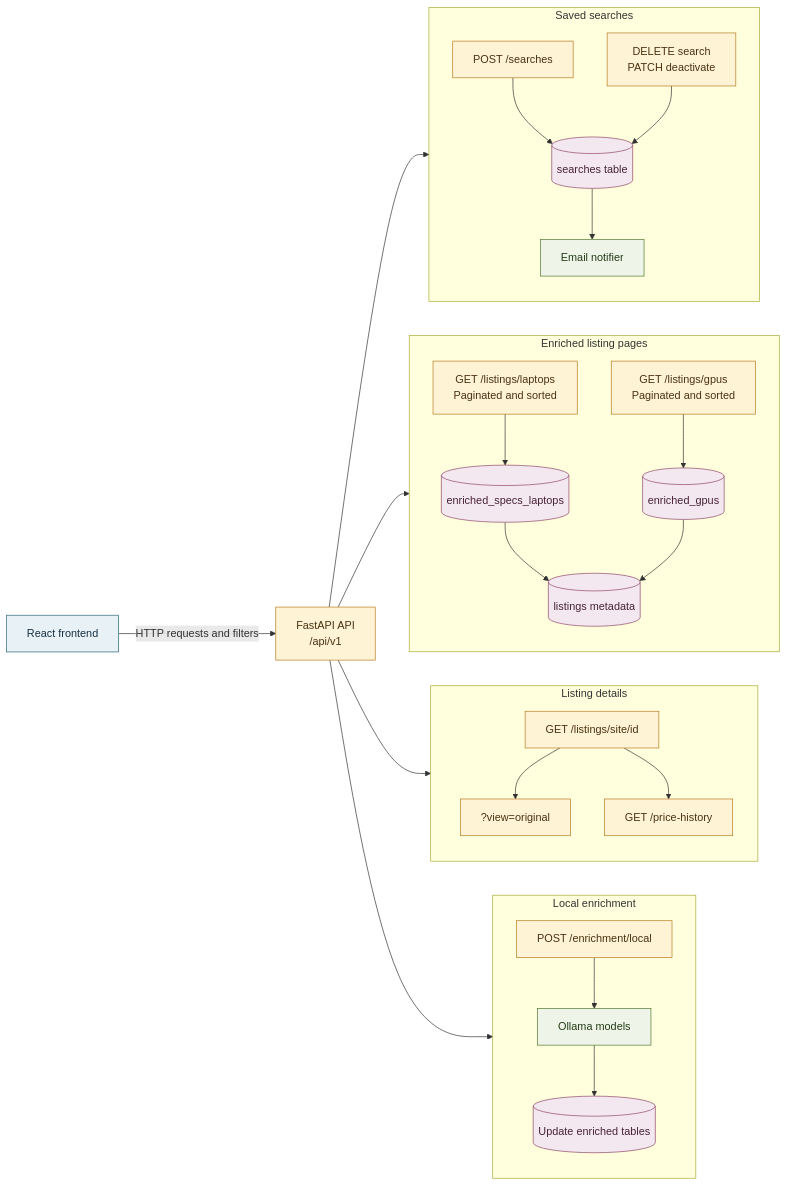
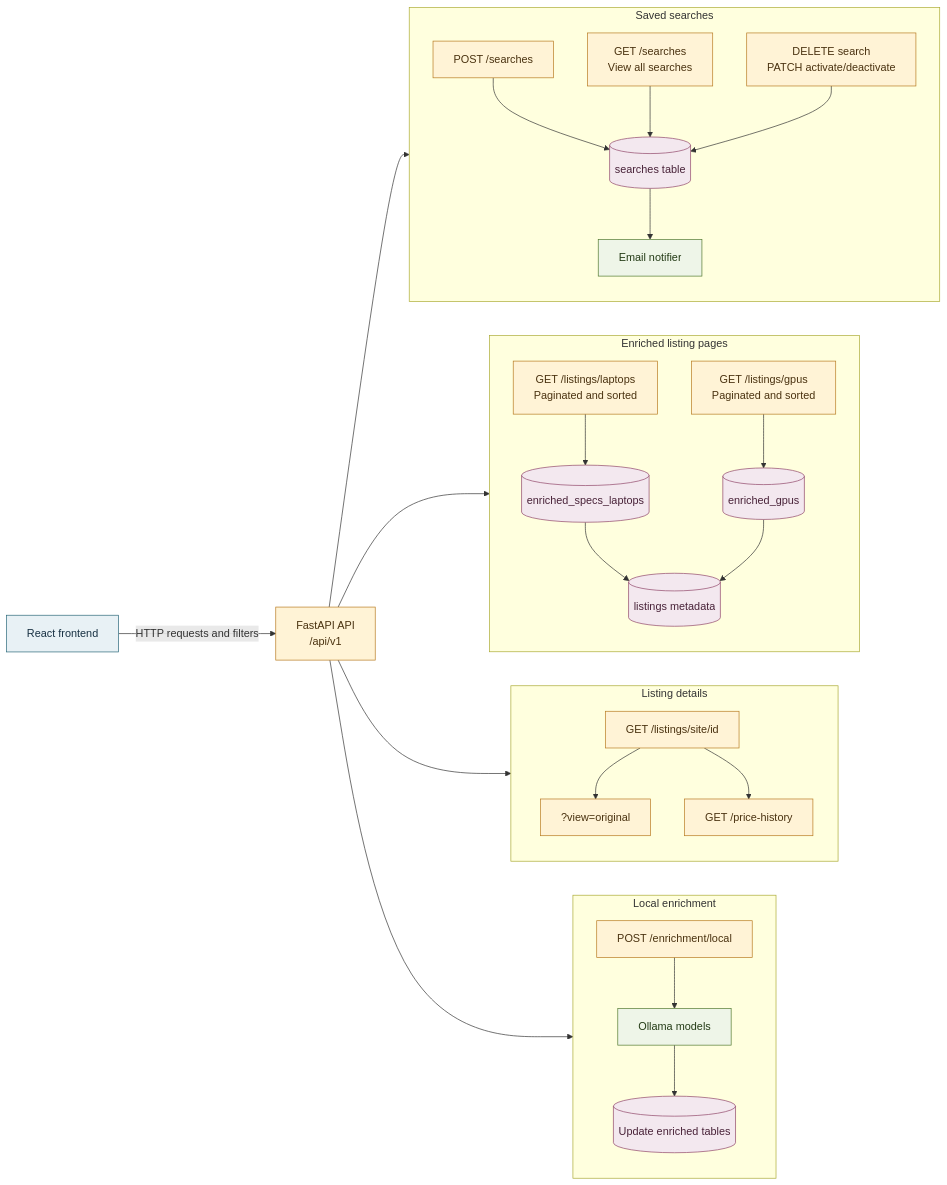
The second of 2 diagrams in docs/ARCHITECTURE.md (leviipope/product-finder), drawn with Mermaid before and after one commit. The commit also changed other lines of this file and 8 other files, not shown here.

Commit message:
feat: api for searches

````diff
--- a/docs/ARCHITECTURE.md
+++ b/docs/ARCHITECTURE.md
@@ -23,59 +23,61 @@
 ```mermaid
 flowchart LR
     Frontend["React frontend"] -->|HTTP requests and filters| API["FastAPI API<br/>/api/v1"]
 
     subgraph SearchGroup["Saved searches"]
         direction TB
         AddSearch["POST /searches"]
-        ManageSearch["DELETE search<br/>PATCH deactivate"]
+        ViewSearches["GET /searches<br/>View all searches"]
+        ManageSearch["DELETE search<br/>PATCH activate/deactivate"]
         SearchDB[("searches table")]
         Notifier["Email notifier"]
         AddSearch --> SearchDB
+        ViewSearches --> SearchDB
         ManageSearch --> SearchDB
         SearchDB --> Notifier
     end
 
     subgraph ListingGroup["Enriched listing pages"]
         direction TB
         LaptopAPI["GET /listings/laptops<br/>Paginated and sorted"]
         GPUAPI["GET /listings/gpus<br/>Paginated and sorted"]
         LaptopData[("enriched_specs_laptops")]
         GPUData[("enriched_gpus")]
         ListingData[("listings metadata")]
         LaptopAPI --> LaptopData
         GPUAPI --> GPUData
         LaptopData --> ListingData
         GPUData --> ListingData
     end
 
     subgraph DetailGroup["Listing details"]
         direction TB
         DetailAPI["GET /listings/site/id"]
         OriginalAPI["?view=original"]
         PriceAPI["GET /price-history"]
         DetailAPI --> OriginalAPI
         DetailAPI --> PriceAPI
     end
 
     subgraph EnrichmentGroup["Local enrichment"]
         direction TB
         StartEnrichment["POST /enrichment/local"]
         Ollama["Ollama models"]
         EnrichedTables[("Update enriched tables")]
         StartEnrichment --> Ollama --> EnrichedTables
     end
 
     API --> SearchGroup
     API --> ListingGroup
     API --> DetailGroup
     API --> EnrichmentGroup
 
     classDef client fill:#e8f1f5,stroke:#276678,color:#173042;
     classDef api fill:#fff3d6,stroke:#b7791f,color:#4a3210;
     classDef data fill:#f3e8ef,stroke:#8f4567,color:#482238;
     classDef process fill:#eef5e8,stroke:#4f772d,color:#243b16;
     class Frontend client;
-    class API,AddSearch,ManageSearch,LaptopAPI,GPUAPI,DetailAPI,OriginalAPI,PriceAPI,StartEnrichment api;
+    class API,AddSearch,ViewSearches,ManageSearch,LaptopAPI,GPUAPI,DetailAPI,OriginalAPI,PriceAPI,StartEnrichment api;
     class SearchDB,LaptopData,GPUData,ListingData,EnrichedTables data;
     class Notifier,Ollama process;
 ```
````
